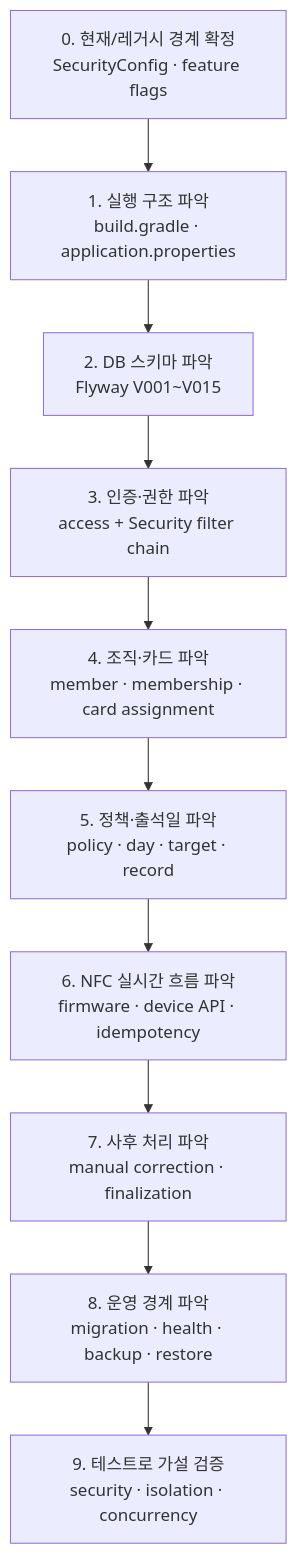
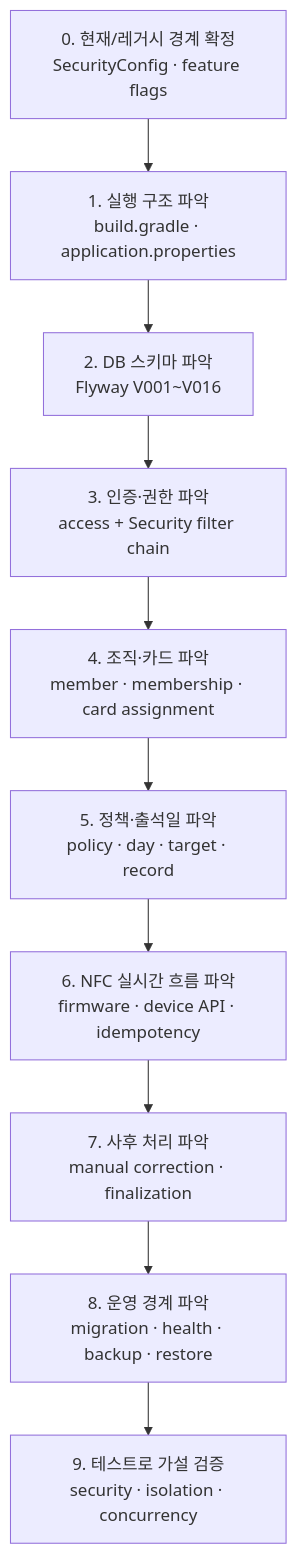
Before and after one commit to jinhokingofworld/attend: the first of 25 diagrams in docs/CURRENT_CODE_STUDY_GUIDE.md, drawn with Mermaid. The commit also changed other lines of this file and 38 other files, not shown here.

````diff
--- a/docs/CURRENT_CODE_STUDY_GUIDE.md
+++ b/docs/CURRENT_CODE_STUDY_GUIDE.md
@@ -28,15 +28,15 @@
 ```mermaid
 flowchart TD
     S0["0. 현재/레거시 경계 확정<br/>SecurityConfig · feature flags"]
     S1["1. 실행 구조 파악<br/>build.gradle · application.properties"]
-    S2["2. DB 스키마 파악<br/>Flyway V001~V015"]
+    S2["2. DB 스키마 파악<br/>Flyway V001~V016"]
     S3["3. 인증·권한 파악<br/>access + Security filter chain"]
     S4["4. 조직·카드 파악<br/>member · membership · card assignment"]
     S5["5. 정책·출석일 파악<br/>policy · day · target · record"]
     S6["6. NFC 실시간 흐름 파악<br/>firmware · device API · idempotency"]
     S7["7. 사후 처리 파악<br/>manual correction · finalization"]
     S8["8. 운영 경계 파악<br/>migration · health · backup · restore"]
     S9["9. 테스트로 가설 검증<br/>security · isolation · concurrency"]
 
     S0 --> S1 --> S2 --> S3 --> S4 --> S5 --> S6 --> S7 --> S8 --> S9
 ```
````
